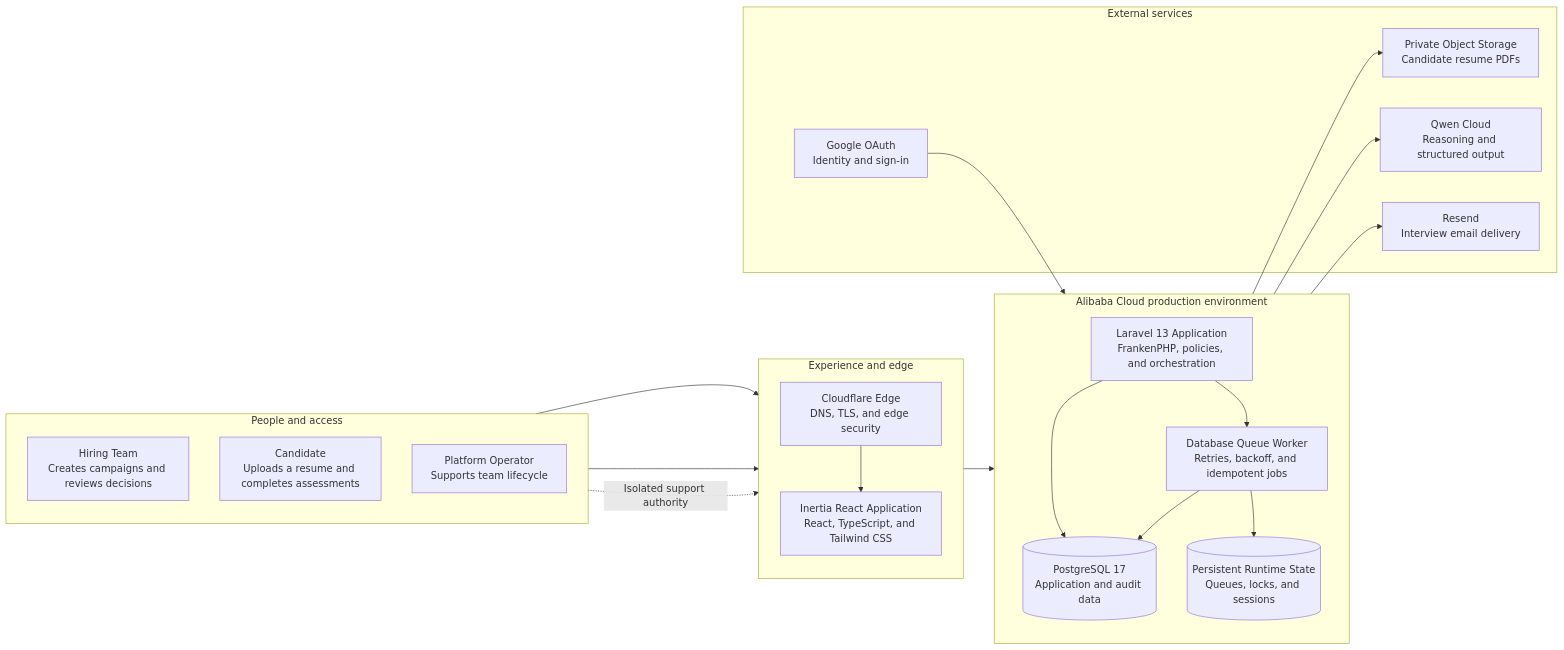
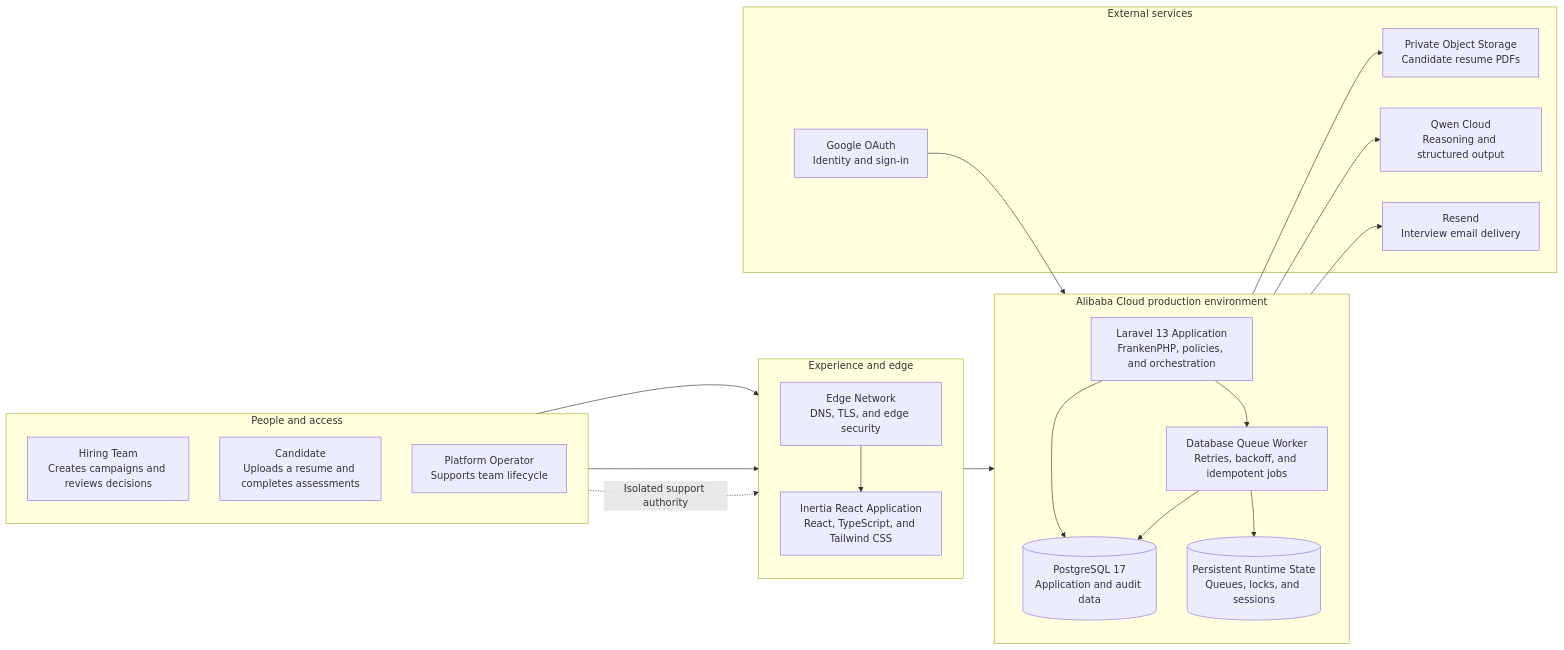
Before and after one commit to odnmalau/bantuin.online: the first of 2 diagrams in README.md, drawn with Mermaid. The commit also changed other lines of this file, not shown here.

````diff
--- a/README.md
+++ b/README.md
@@ -87,44 +87,44 @@
 ```mermaid
 flowchart LR
     subgraph access["People and access"]
         direction TB
         hiring["Hiring Team<br/>Creates campaigns and reviews decisions"]
         candidate["Candidate<br/>Uploads a resume and completes assessments"]
         operator["Platform Operator<br/>Supports team lifecycle"]
     end
 
     subgraph experience["Experience and edge"]
         direction TB
-        edge["Cloudflare Edge<br/>DNS, TLS, and edge security"]
+        edge["Edge Network<br/>DNS, TLS, and edge security"]
         frontend["Inertia React Application<br/>React, TypeScript, and Tailwind CSS"]
     end
 
     subgraph production["Alibaba Cloud production environment"]
         direction TB
         app["Laravel 13 Application<br/>FrankenPHP, policies, and orchestration"]
         worker["Database Queue Worker<br/>Retries, backoff, and idempotent jobs"]
         database[("PostgreSQL 17<br/>Application and audit data")]
         runtime[("Persistent Runtime State<br/>Queues, locks, and sessions")]
 
         app --> database
         app --> worker
         worker --> database
         worker --> runtime
     end
 
     subgraph services["External services"]
         oauth["Google OAuth<br/>Identity and sign-in"]
         storage["Private Object Storage<br/>Candidate resume PDFs"]
         qwen["Qwen Cloud<br/>Reasoning and structured output"]
         email["Resend<br/>Interview email delivery"]
     end
 
     hiring --> edge
     candidate --> edge
     operator -.->|Isolated support authority| edge
     edge --> frontend --> app
     oauth --> app
     app --> storage
     worker --> qwen
     worker --> email
 ```
````
